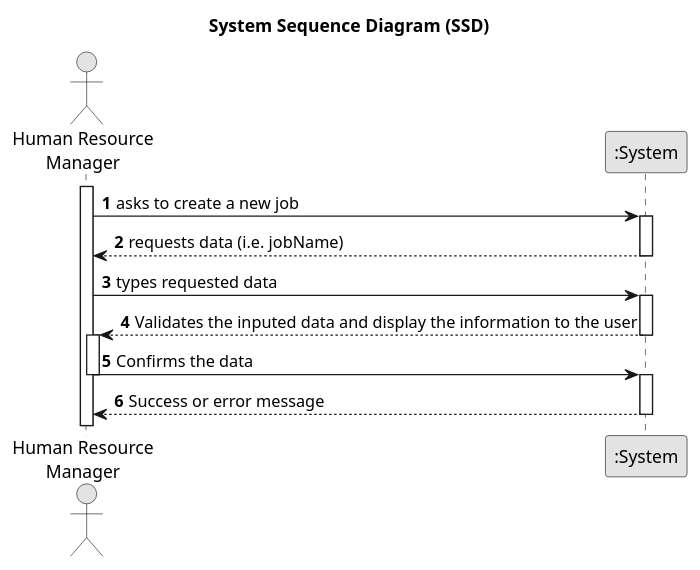
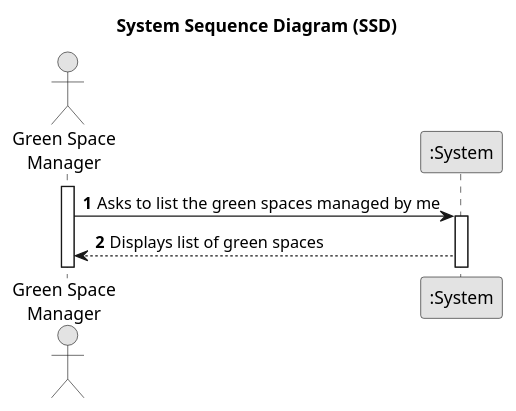
The diagram in docs/sprintC/us027/01.requirements-engineering/puml/us002-system-sequence-diagram.puml (Departamento-de-Engenharia-Informatica/greenspace-management), drawn with PlantUML before and after one commit. The commit also changed 2 other files, not shown here.

```diff
--- a/docs/sprintC/us027/01.requirements-engineering/puml/us002-system-sequence-diagram.puml
+++ b/docs/sprintC/us027/01.requirements-engineering/puml/us002-system-sequence-diagram.puml
@@ -1,36 +1,20 @@
 @startuml
 skinparam monochrome true
 skinparam packageStyle rectangle
 skinparam shadowing false
 
 title System Sequence Diagram (SSD)
 
 autonumber
 
-actor "Human Resource\nManager" as HRM
+actor "Green Space\nManager" as HRM
 participant ":System" as System
 
 activate HRM
 
-    HRM -> System : asks to create a new job
+    HRM -> System : Asks to list the green spaces managed by me
     activate System
-        System --> HRM : requests data (i.e. jobName)
+        System --> HRM : Displays list of green spaces
 
-    deactivate System
-
-    HRM -> System : types requested data
-    activate System
-
-    System --> HRM : Validates the inputed data and display the information to the user
-    deactivate System
-    activate HRM
-
-    HRM -> System : Confirms the data
-    deactivate HRM
-
-    activate System
-    System --> HRM : Success or error message
-
-    deactivate System
 
 @enduml
```
